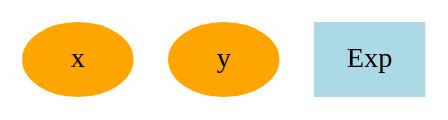
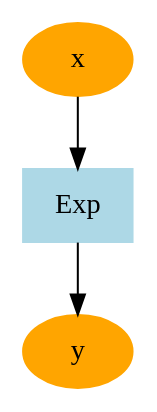
Before and after one commit to rumjie/study_dls3: the diagram in Chapter3/sample.dot, drawn with Graphviz. The commit also changed 1 other file, not shown here.

```diff
--- a/Chapter3/sample.dot
+++ b/Chapter3/sample.dot
@@ -1,5 +1,7 @@
 digraph G{
 1 [label="x", color=orange, style=filled]
 2 [label="y", color=orange, style=filled]
 3 [label="Exp", color=lightblue, style=filled, shape=box]
+1 -> 3
+3 -> 2
 }
```
